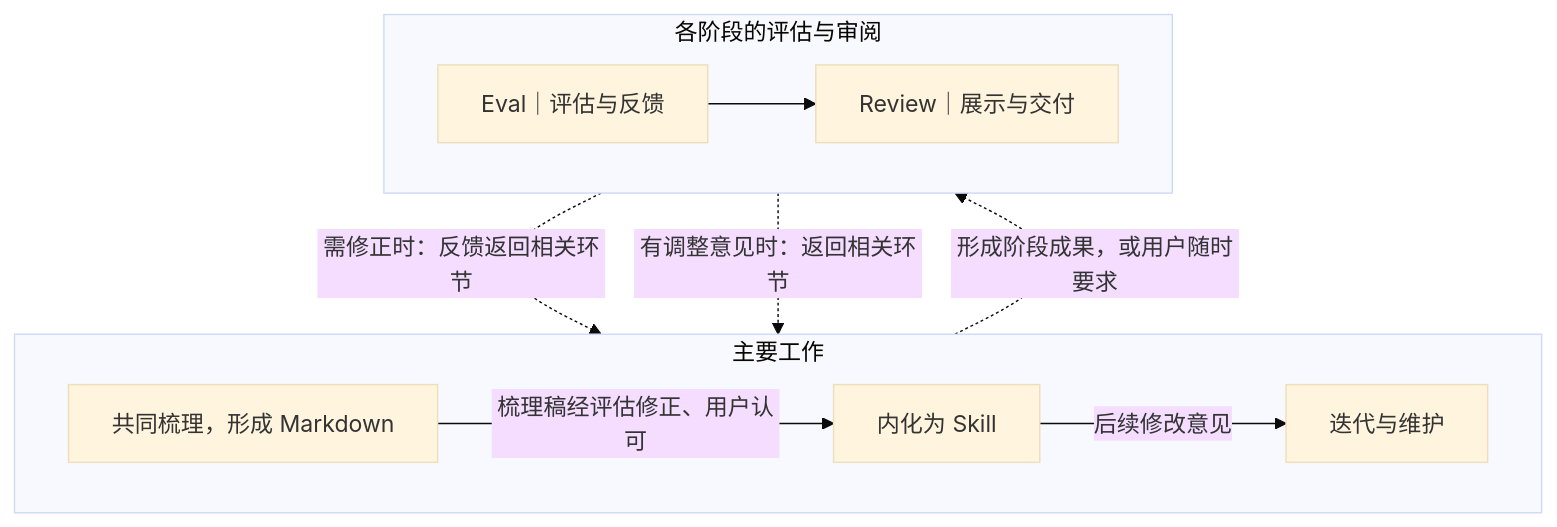
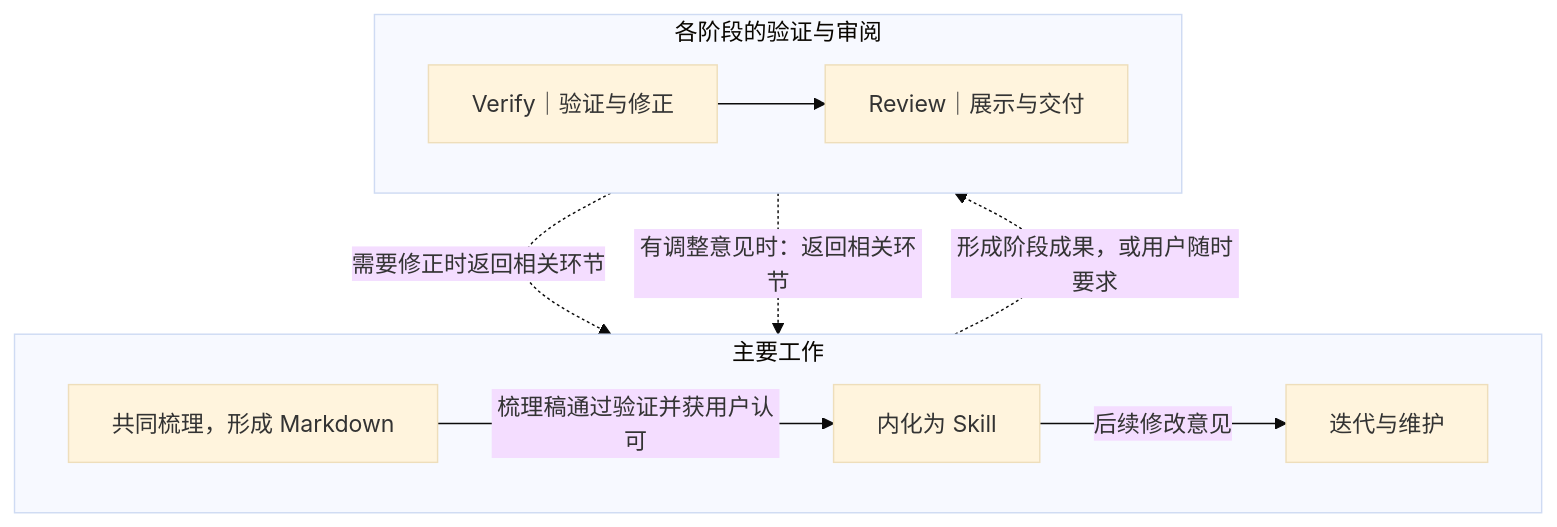
Before and after one commit to Super-DDD/daiyu-personal-skills: the diagram in thought-to-skill/SKILL.md, drawn with Mermaid (base theme). The commit also changed other lines of this file and 125 other files, not shown here.

````diff
--- a/thought-to-skill/SKILL.md
+++ b/thought-to-skill/SKILL.md
@@ -16,15 +16,15 @@
 ```mermaid
 flowchart TB
     subgraph W["主要工作"]
         direction LR
-        A["共同梳理，形成 Markdown"] -->|"梳理稿经评估修正、用户认可"| B["内化为 Skill"]
+        A["共同梳理，形成 Markdown"] -->|"梳理稿通过验证并获用户认可"| B["内化为 Skill"]
         B -->|"后续修改意见"| C["迭代与维护"]
     end
-    subgraph Q["各阶段的评估与审阅"]
+    subgraph Q["各阶段的验证与审阅"]
         direction LR
-        E["Eval｜评估与反馈"] --> R["Review｜展示与交付"]
+        V["Verify｜验证与修正"] --> R["Review｜展示与交付"]
     end
     W -.->|"形成阶段成果，或用户随时要求"| Q
-    E -.->|"需修正时：反馈返回相关环节"| W
+    V -.->|"需要修正时返回相关环节"| W
     R -.->|"有调整意见时：返回相关环节"| W
 ```
````
